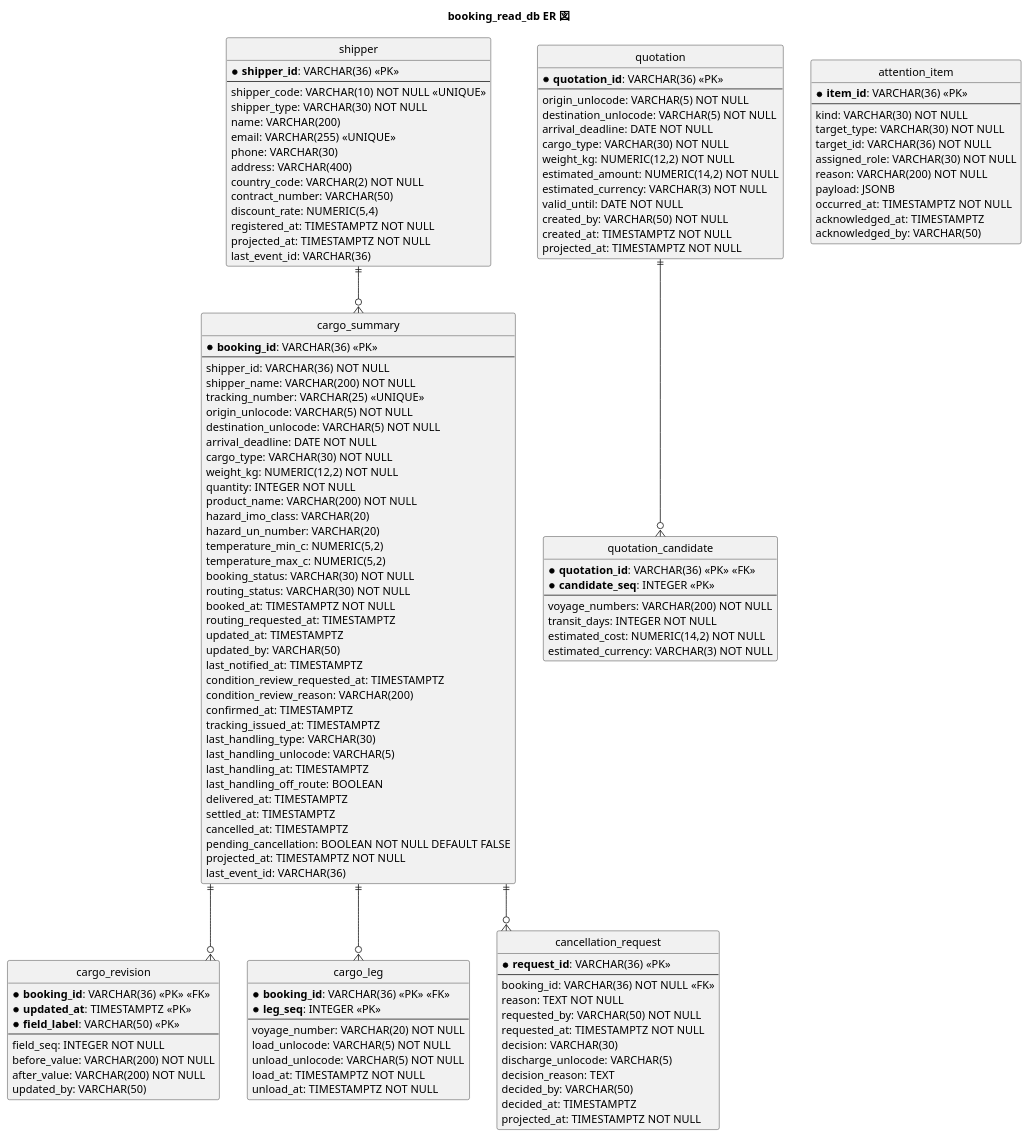
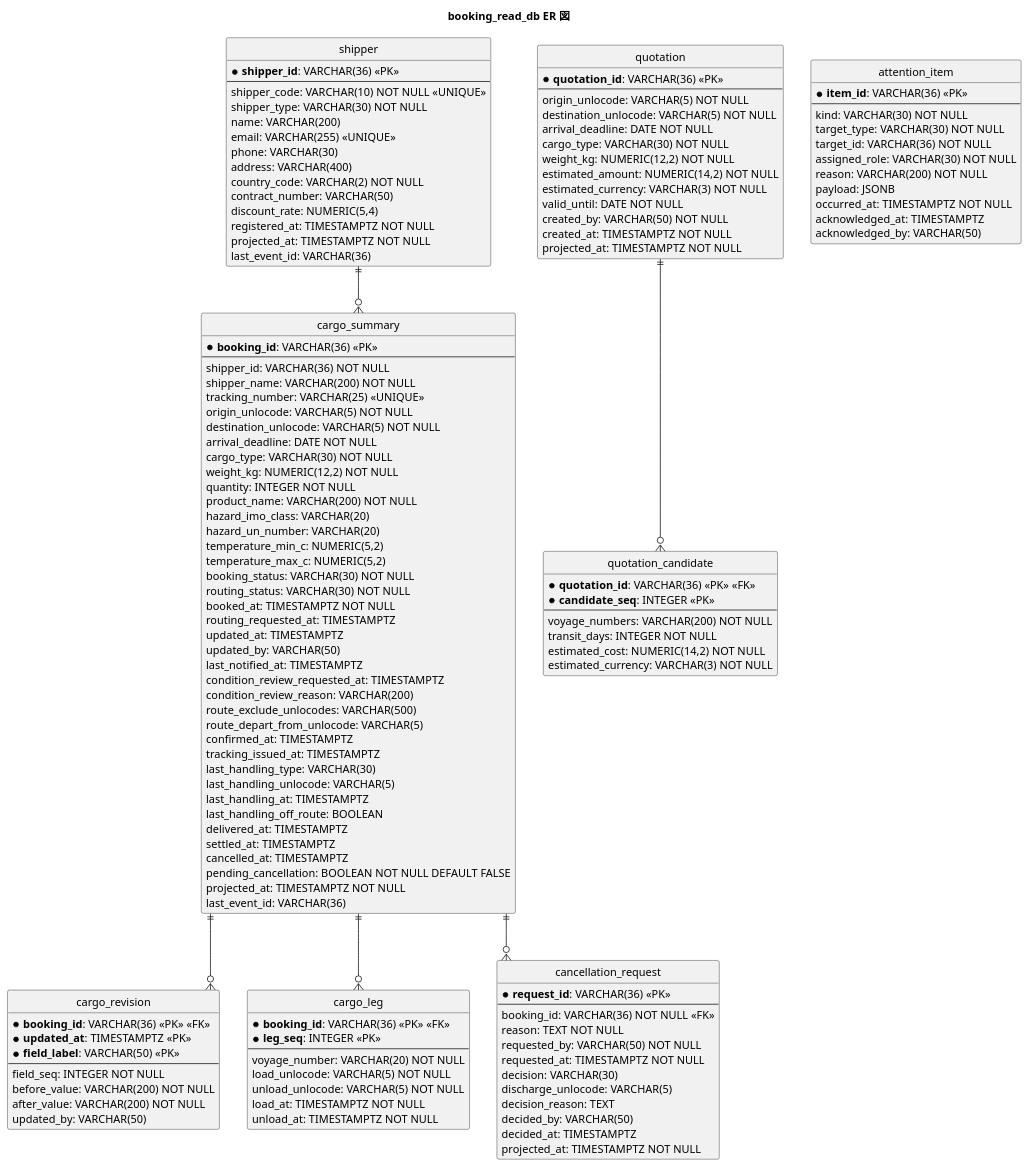
The fourth of 10 diagrams in docs/design/cargo-tracker/data-model.md (k2works/case-study-cargo-tracker), drawn with PlantUML before and after one commit. The commit also changed other lines of this file and 8 other files, not shown here.

```diff
--- a/docs/design/cargo-tracker/data-model.md
+++ b/docs/design/cargo-tracker/data-model.md
@@ -292,6 +292,8 @@
   last_notified_at: TIMESTAMPTZ
   condition_review_requested_at: TIMESTAMPTZ
   condition_review_reason: VARCHAR(200)
+  route_exclude_unlocodes: VARCHAR(500)
+  route_depart_from_unlocode: VARCHAR(5)
   confirmed_at: TIMESTAMPTZ
   tracking_issued_at: TIMESTAMPTZ
   last_handling_type: VARCHAR(30)
```
